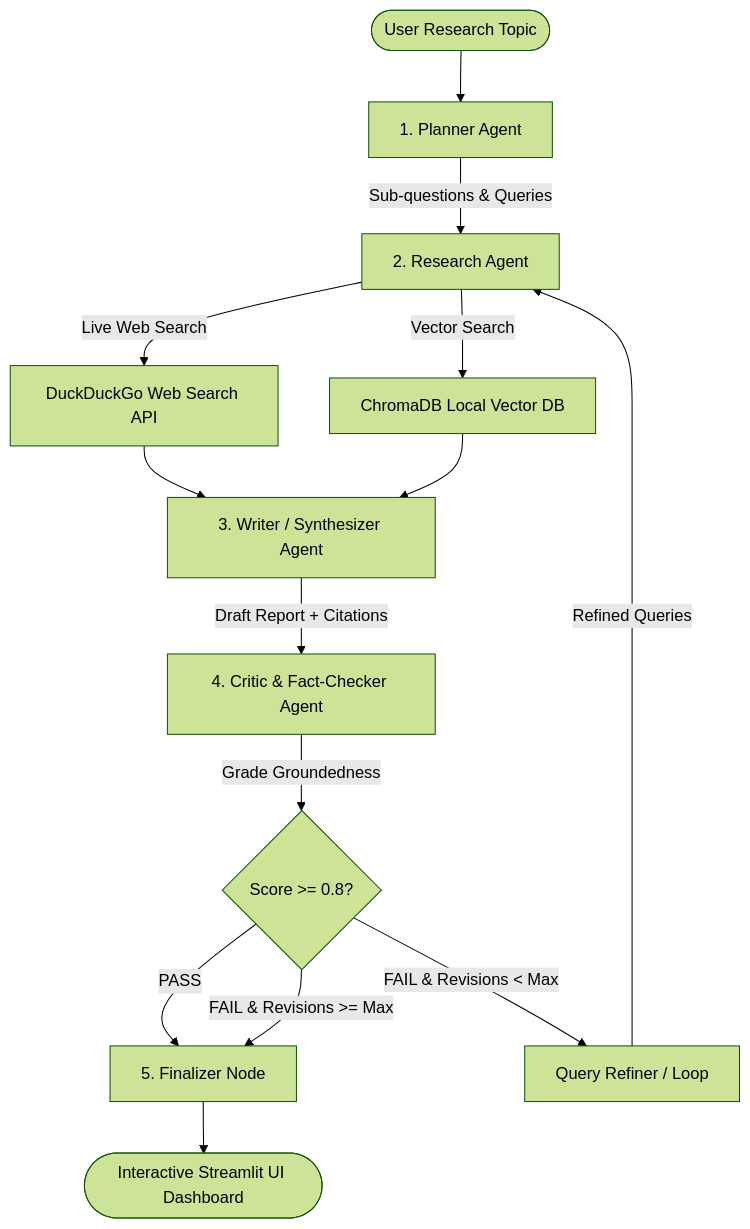
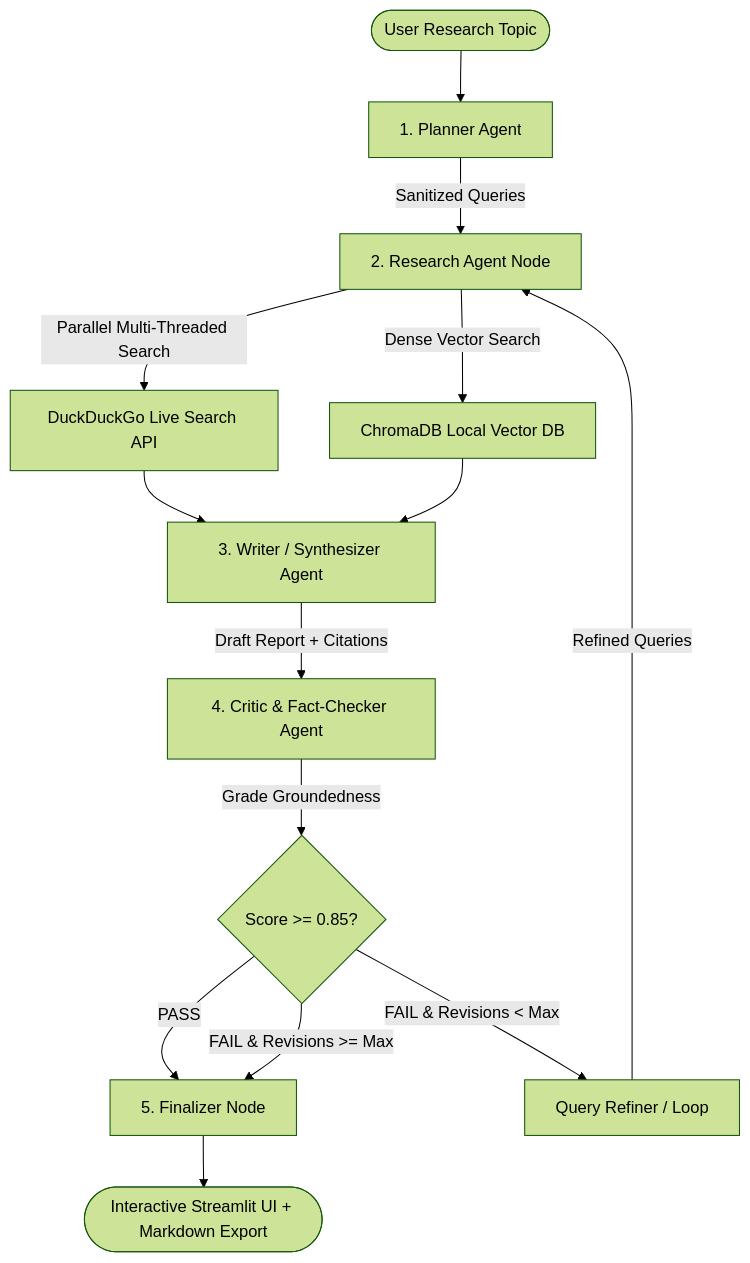
One commit to Dilshan118/Hands-On-RAG changed the first of 2 diagrams in README.md. Above: the diagram before and after it, drawn with Mermaid (forest theme). The commit also changed other lines of this file and 8 other files, not shown here.

````diff
--- a/README.md
+++ b/README.md
@@ -57,22 +31,22 @@
 ```mermaid
 graph TD
     User([User Research Topic]) --> Planner[1. Planner Agent]
-    Planner -->|Sub-questions & Queries| Research[2. Research Agent]
-  
-    Research -->|Live Web Search| DDG[DuckDuckGo Web Search API]
-    Research -->|Vector Search| ChromaDB[ChromaDB Local Vector DB]
-  
+    Planner -->|Sanitized Queries| Research[2. Research Agent Node]
+    
+    Research -->|Parallel Multi-Threaded Search| DDG[DuckDuckGo Live Search API]
+    Research -->|Dense Vector Search| ChromaDB[ChromaDB Local Vector DB]
+    
     DDG --> Writer[3. Writer / Synthesizer Agent]
     ChromaDB --> Writer
-  
+    
     Writer -->|Draft Report + Citations| Critic[4. Critic & Fact-Checker Agent]
-  
-    Critic -->|Grade Groundedness| Evaluator{Score >= 0.8?}
-  
+    
+    Critic -->|Grade Groundedness| Evaluator{Score >= 0.85?}
+    
     Evaluator -->|PASS| Finalizer[5. Finalizer Node]
     Evaluator -->|FAIL & Revisions < Max| Refiner[Query Refiner / Loop]
     Refiner -->|Refined Queries| Research
     Evaluator -->|FAIL & Revisions >= Max| Finalizer
-  
-    Finalizer --> Output([Interactive Streamlit UI Dashboard])
+    
+    Finalizer --> Output([Interactive Streamlit UI + Markdown Export])
 ```
````
